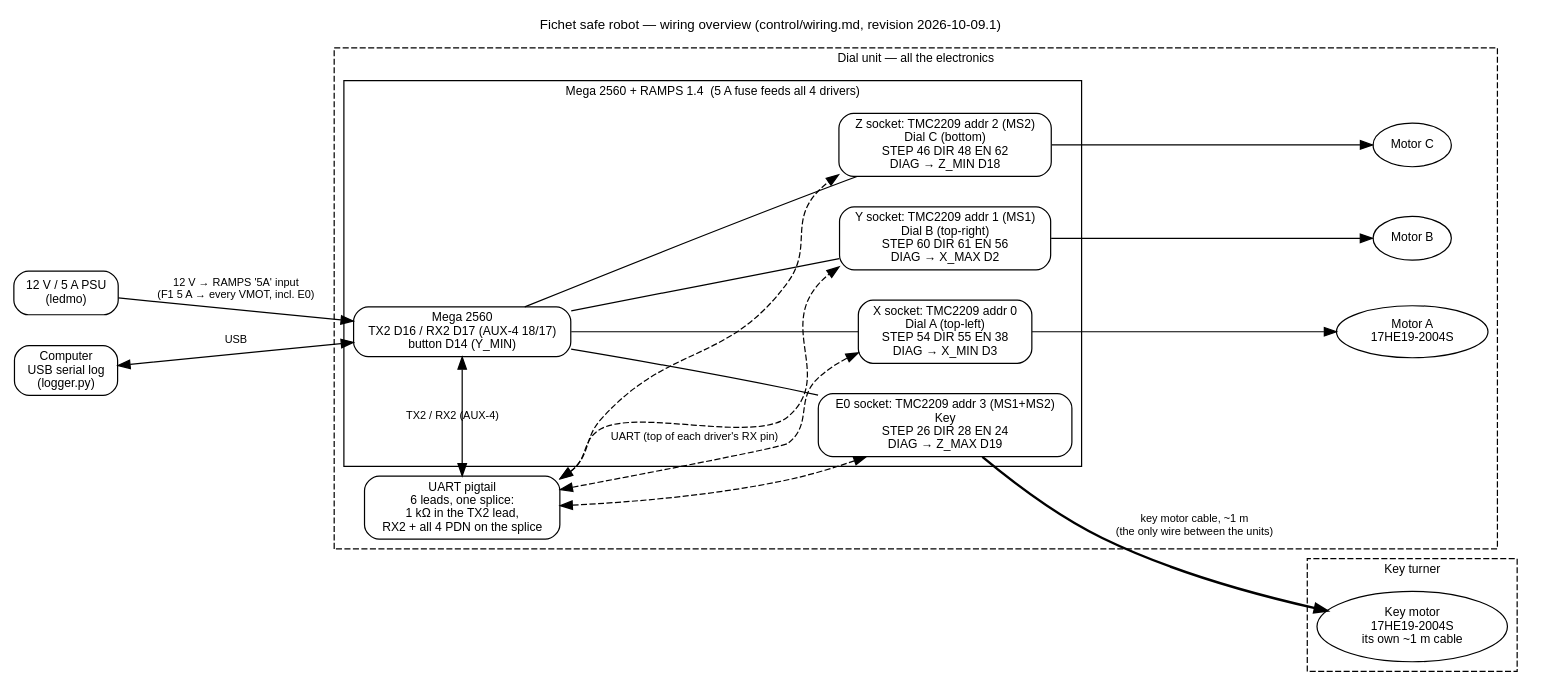
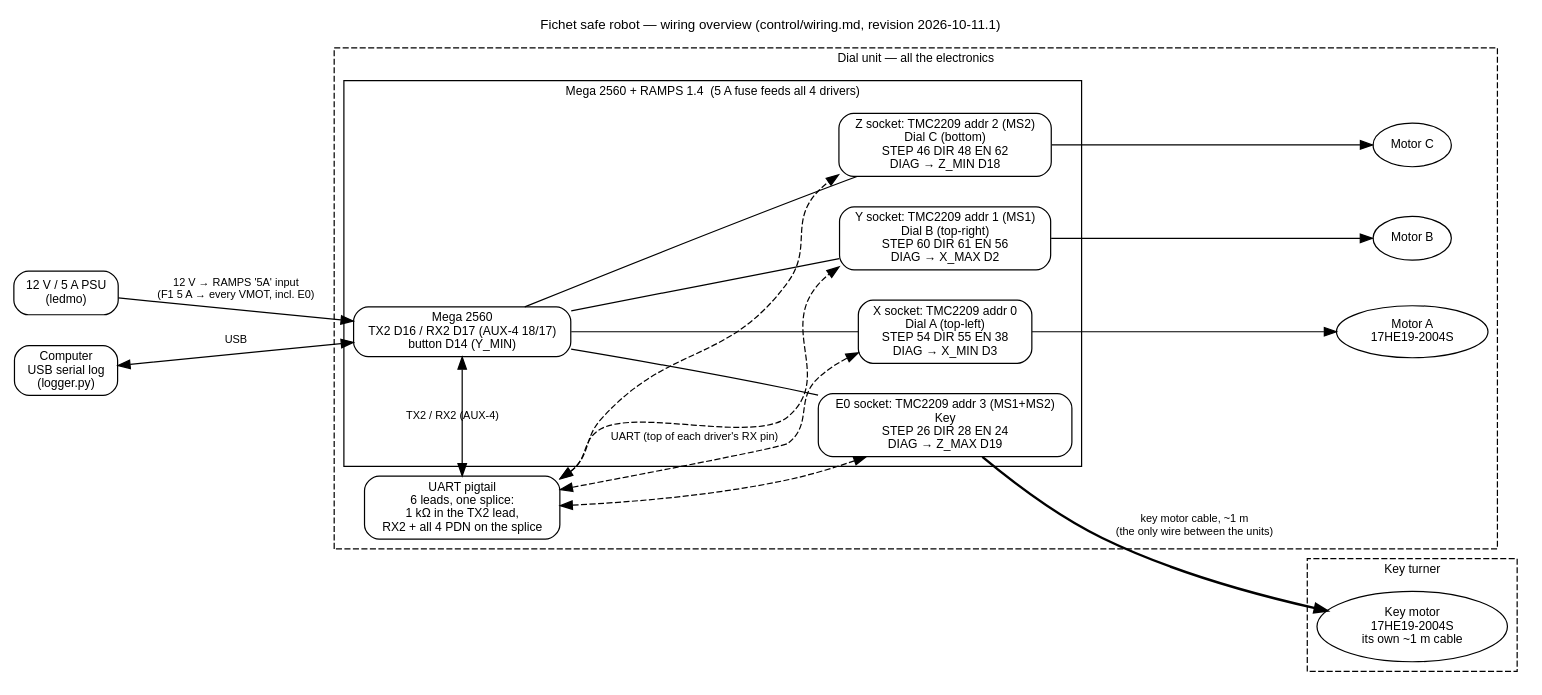
Before and after one commit to paulforrester/fichet-safe-robot: the diagram in control/harness/overview.dot, drawn with Graphviz. The commit also changed 22 other files, not shown here.

```diff
--- a/control/harness/overview.dot
+++ b/control/harness/overview.dot
@@ -1,43 +1,43 @@
 // System overview for the Fichet safe robot wiring — see control/wiring.md.
 // Render: dot -Tsvg control/harness/overview.dot -o control/harness/overview.svg
 // Project revision 2026-10-08.2: all four drivers on the RAMPS (key in E0); UART pigtail replaces the hub board.
 digraph overview {
-  graph [rankdir=LR, fontname="Helvetica", fontsize=11, nodesep=0.35, ranksep=0.7, label="Fichet safe robot — wiring overview (control/wiring.md, revision 2026-10-09.1)", labelloc=t];
+  graph [rankdir=LR, fontname="Helvetica", fontsize=11, nodesep=0.35, ranksep=0.7, label="Fichet safe robot — wiring overview (control/wiring.md, revision 2026-10-11.1)", labelloc=t];
   node  [shape=box, style="rounded", fontname="Helvetica", fontsize=10];
   edge  [fontname="Helvetica", fontsize=9];
 
   psu  [label="12 V / 5 A PSU\n(ledmo)"];
   usb  [label="Computer\nUSB serial log\n(logger.py)"];
 
   subgraph cluster_dial {
     label="Dial unit — all the electronics"; style=dashed; fontsize=10;
     uart [label="UART pigtail\n6 leads, one splice:\n1 kΩ in the TX2 lead,\nRX2 + all 4 PDN on the splice"];
     subgraph cluster_ramps {
       label="Mega 2560 + RAMPS 1.4  (5 A fuse feeds all 4 drivers)"; style=solid; fontsize=10;
       mega [label="Mega 2560\nTX2 D16 / RX2 D17 (AUX-4 18/17)\nbutton D14 (Y_MIN)"];
       x    [label="X socket: TMC2209 addr 0\nDial A (top-left)\nSTEP 54 DIR 55 EN 38\nDIAG → X_MIN D3"];
       y    [label="Y socket: TMC2209 addr 1 (MS1)\nDial B (top-right)\nSTEP 60 DIR 61 EN 56\nDIAG → X_MAX D2"];
       z    [label="Z socket: TMC2209 addr 2 (MS2)\nDial C (bottom)\nSTEP 46 DIR 48 EN 62\nDIAG → Z_MIN D18"];
       e0   [label="E0 socket: TMC2209 addr 3 (MS1+MS2)\nKey\nSTEP 26 DIR 28 EN 24\nDIAG → Z_MAX D19"];
     }
     ma [label="Motor A\n17HE19-2004S", shape=ellipse];
     mb [label="Motor B", shape=ellipse];
     mc [label="Motor C", shape=ellipse];
   }
 
   subgraph cluster_key {
     label="Key turner"; style=dashed; fontsize=10;
     mk  [label="Key motor\n17HE19-2004S\nits own ~1 m cable", shape=ellipse];
   }
 
   psu -> mega [label="12 V → RAMPS '5A' input\n(F1 5 A → every VMOT, incl. E0)"];
   usb -> mega [dir=both, label="USB"];
   mega -> x [arrowhead=none]; mega -> y [arrowhead=none]; mega -> z [arrowhead=none]; mega -> e0 [arrowhead=none];
   x -> ma; y -> mb; z -> mc;
   e0 -> mk [penwidth=2, label="key motor cable, ~1 m\n(the only wire between the units)"];
   uart -> x [dir=both, style=dashed, label="UART (top of each driver's RX pin)"];
   uart -> y [dir=both, style=dashed];
   uart -> z [dir=both, style=dashed];
   uart -> e0 [dir=both, style=dashed];
   mega -> uart [dir=both, label="TX2 / RX2 (AUX-4)"];
 }
```
